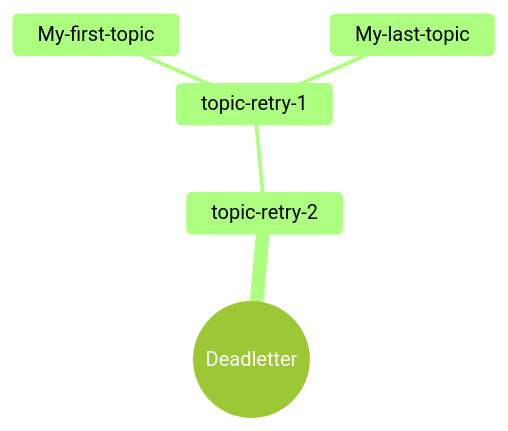
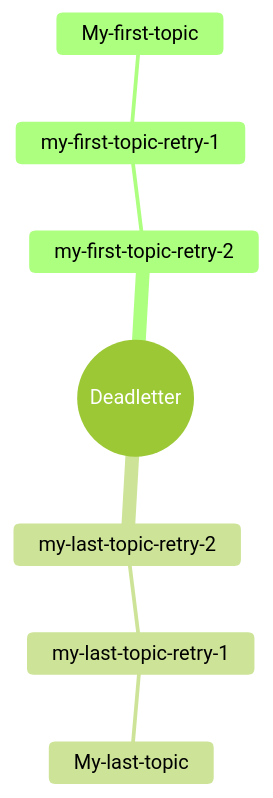
Before and after one commit to GoncaloPT/kafka-error-handling-retry-deadletter: the diagram in docs/Theory-summary.md, drawn with Mermaid (forest theme).

Commit message:
selective retry fix

````diff
--- a/docs/Theory-summary.md
+++ b/docs/Theory-summary.md
@@ -72,9 +72,11 @@
 ```mermaid
 mindmap
     root((Deadletter))
-        topic-retry-2
-            topic-retry-1
+        my-first-topic-retry-2
+            my-first-topic-retry-1
                 My-first-topic
-                My-last-topic
+        my-last-topic-retry-2
+            my-last-topic-retry-1
+                My-last-topic        
 
 ```
````
